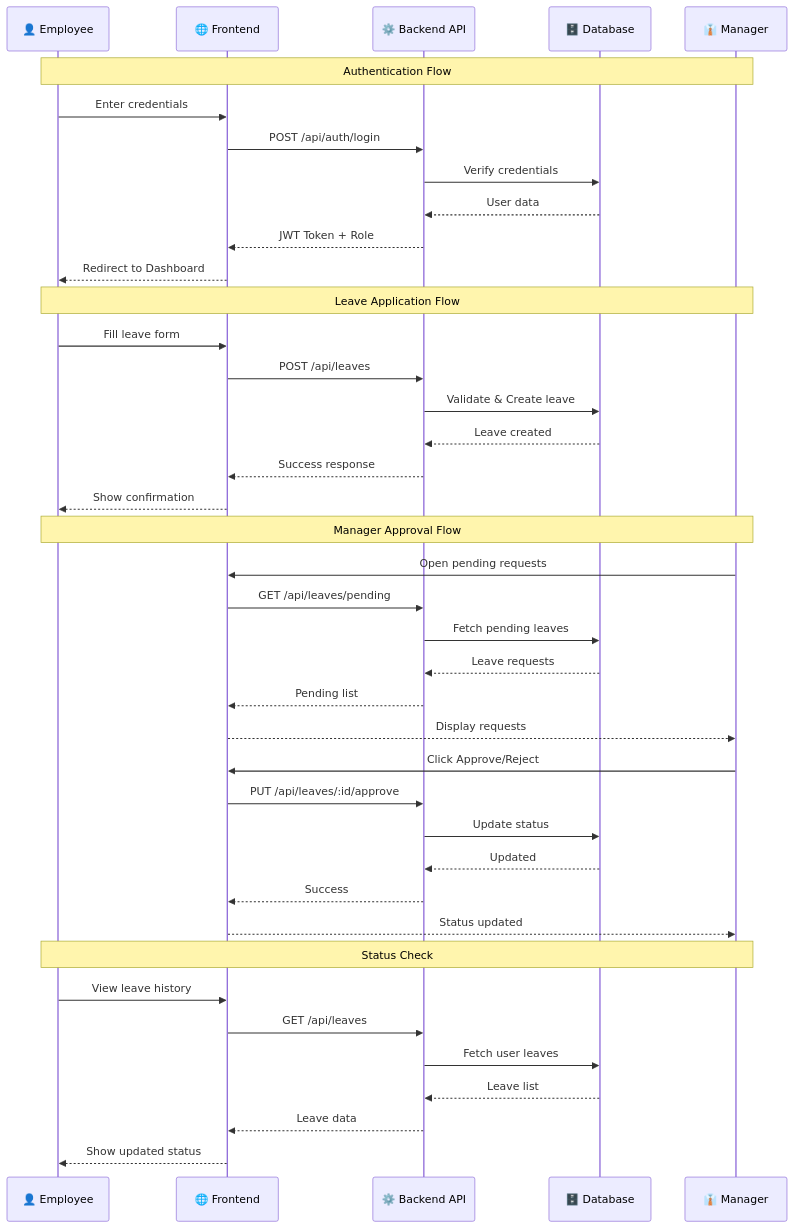
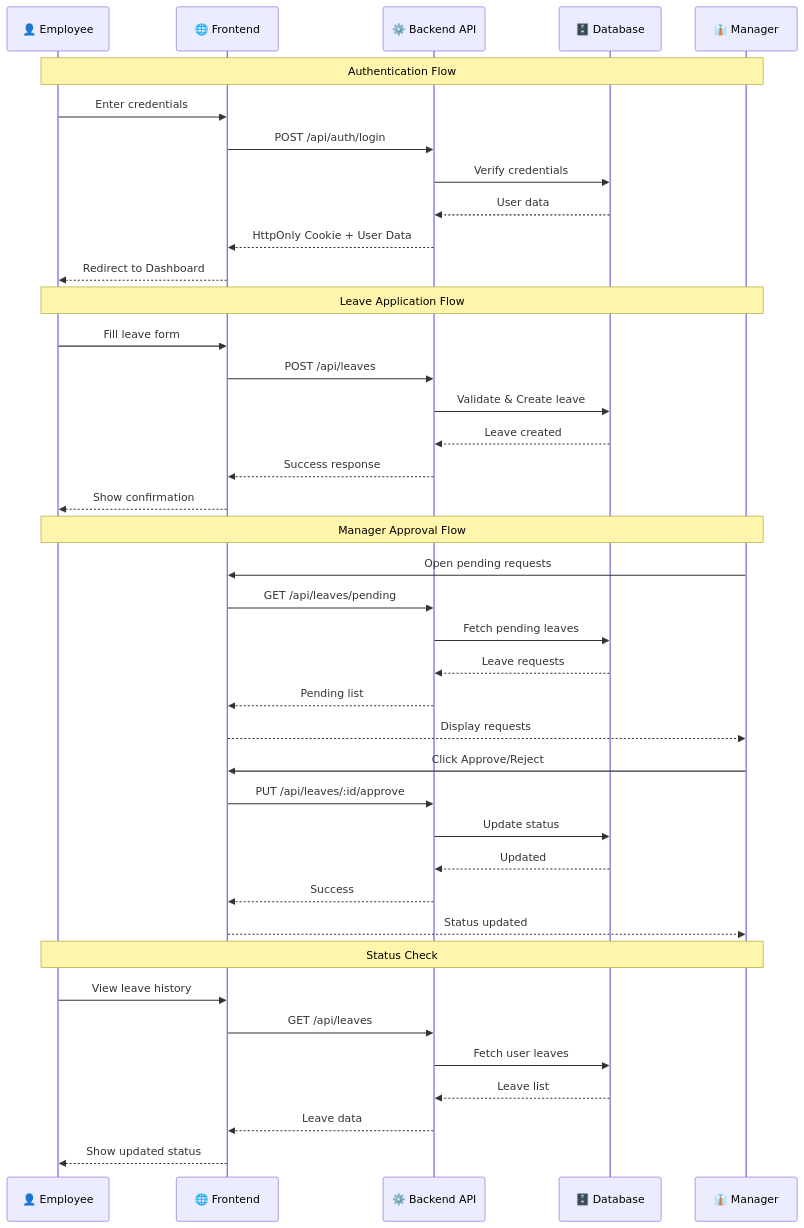
One commit to algorithnicmind/Bookflow-management changed the sixth of 7 diagrams in docs/04-User-Flows.md. Above: the diagram before and after it, drawn with Mermaid. The commit also changed other lines of this file and 7 other files, not shown here.

First line of the commit message:
Add HttpOnly cookie auth & AI Chatbot module

````diff
--- a/docs/04-User-Flows.md
+++ b/docs/04-User-Flows.md
@@ -157,46 +157,46 @@
 ```mermaid
 sequenceDiagram
     participant E as 👤 Employee
     participant FE as 🌐 Frontend
     participant API as ⚙️ Backend API
     participant DB as 🗄️ Database
     participant M as 👔 Manager
 
     Note over E,M: Authentication Flow
     E->>FE: Enter credentials
     FE->>API: POST /api/auth/login
     API->>DB: Verify credentials
     DB-->>API: User data
-    API-->>FE: JWT Token + Role
+    API-->>FE: HttpOnly Cookie + User Data
     FE-->>E: Redirect to Dashboard
 
     Note over E,M: Leave Application Flow
     E->>FE: Fill leave form
     FE->>API: POST /api/leaves
     API->>DB: Validate & Create leave
     DB-->>API: Leave created
     API-->>FE: Success response
     FE-->>E: Show confirmation
 
     Note over E,M: Manager Approval Flow
     M->>FE: Open pending requests
     FE->>API: GET /api/leaves/pending
     API->>DB: Fetch pending leaves
     DB-->>API: Leave requests
     API-->>FE: Pending list
     FE-->>M: Display requests
     M->>FE: Click Approve/Reject
     FE->>API: PUT /api/leaves/:id/approve
     API->>DB: Update status
     DB-->>API: Updated
     API-->>FE: Success
     FE-->>M: Status updated
 
     Note over E,M: Status Check
     E->>FE: View leave history
     FE->>API: GET /api/leaves
     API->>DB: Fetch user leaves
     DB-->>API: Leave list
     API-->>FE: Leave data
     FE-->>E: Show updated status
 ```
````
